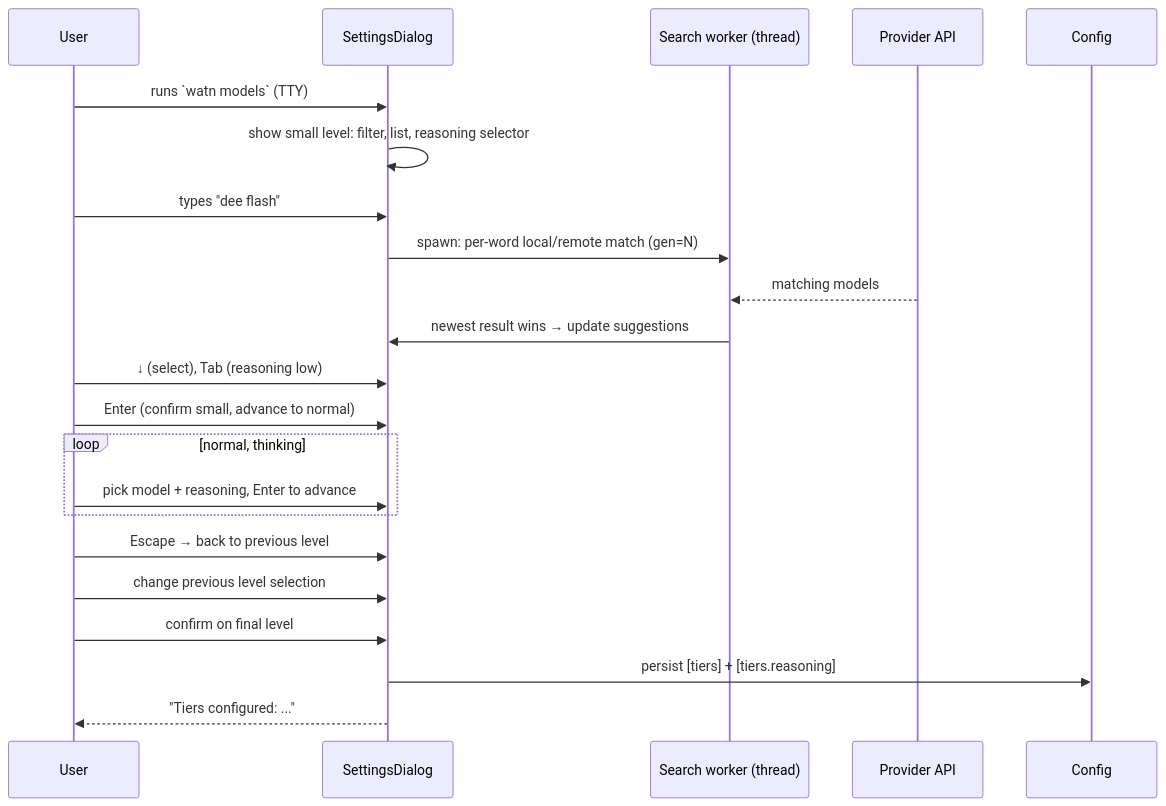
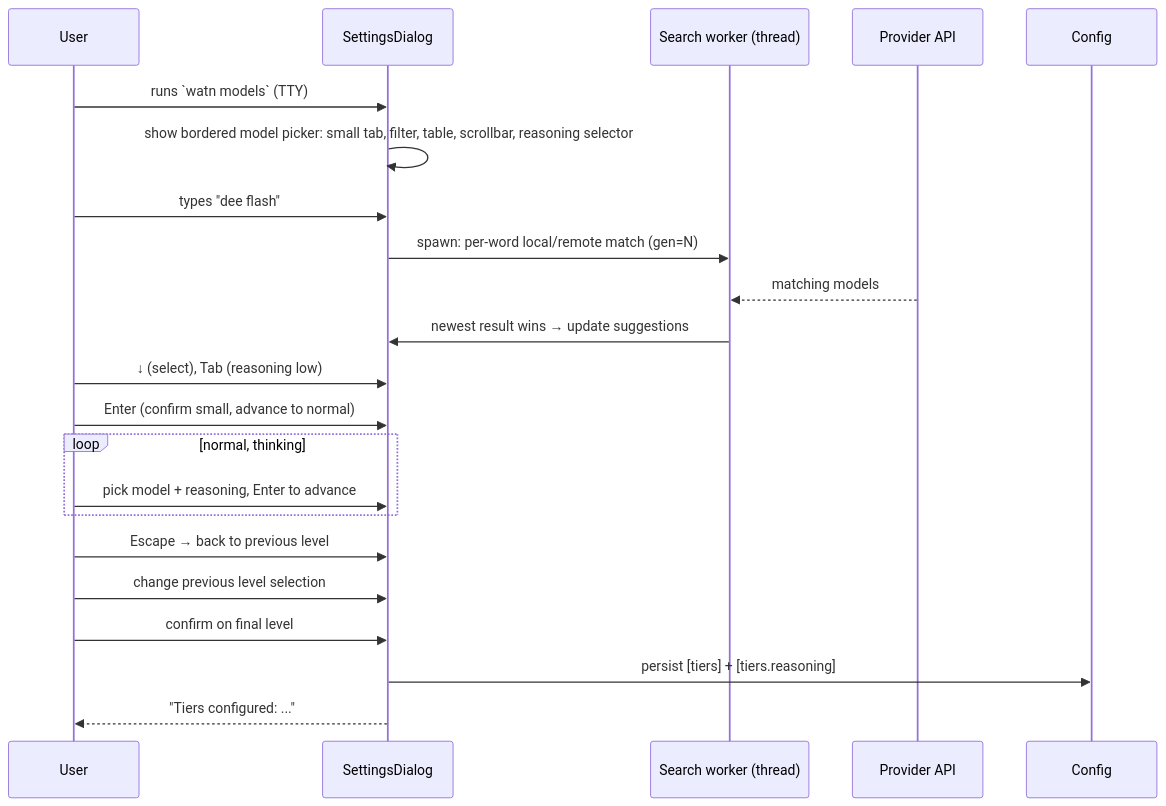
One commit to buster/watn changed the fourth of 9 diagrams in docs/arc42/06-runtime-view.md. Above: the diagram before and after it, drawn with Mermaid. The commit also changed other lines of this file and 22 other files, not shown here.

````diff
--- a/docs/arc42/06-runtime-view.md
+++ b/docs/arc42/06-runtime-view.md
@@ -122,25 +122,25 @@
 ```mermaid
 sequenceDiagram
     participant User as User
     participant Dialog as SettingsDialog
     participant Worker as Search worker (thread)
     participant API as Provider API
     participant Config as Config
 
     User->>Dialog: runs `watn models` (TTY)
-    Dialog->>Dialog: show small level: filter, list, reasoning selector
+    Dialog->>Dialog: show bordered model picker: small tab, filter, table, scrollbar, reasoning selector
     User->>Dialog: types "dee flash"
     Dialog->>Worker: spawn: per-word local/remote match (gen=N)
     API-->>Worker: matching models
     Worker->>Dialog: newest result wins → update suggestions
     User->>Dialog: ↓ (select), Tab (reasoning low)
     User->>Dialog: Enter (confirm small, advance to normal)
     loop normal, thinking
         User->>Dialog: pick model + reasoning, Enter to advance
     end
     User->>Dialog: Escape → back to previous level
     User->>Dialog: change previous level selection
     User->>Dialog: confirm on final level
     Dialog->>Config: persist [tiers] + [tiers.reasoning]
     Dialog-->>User: "Tiers configured: ..."
 ```
````
